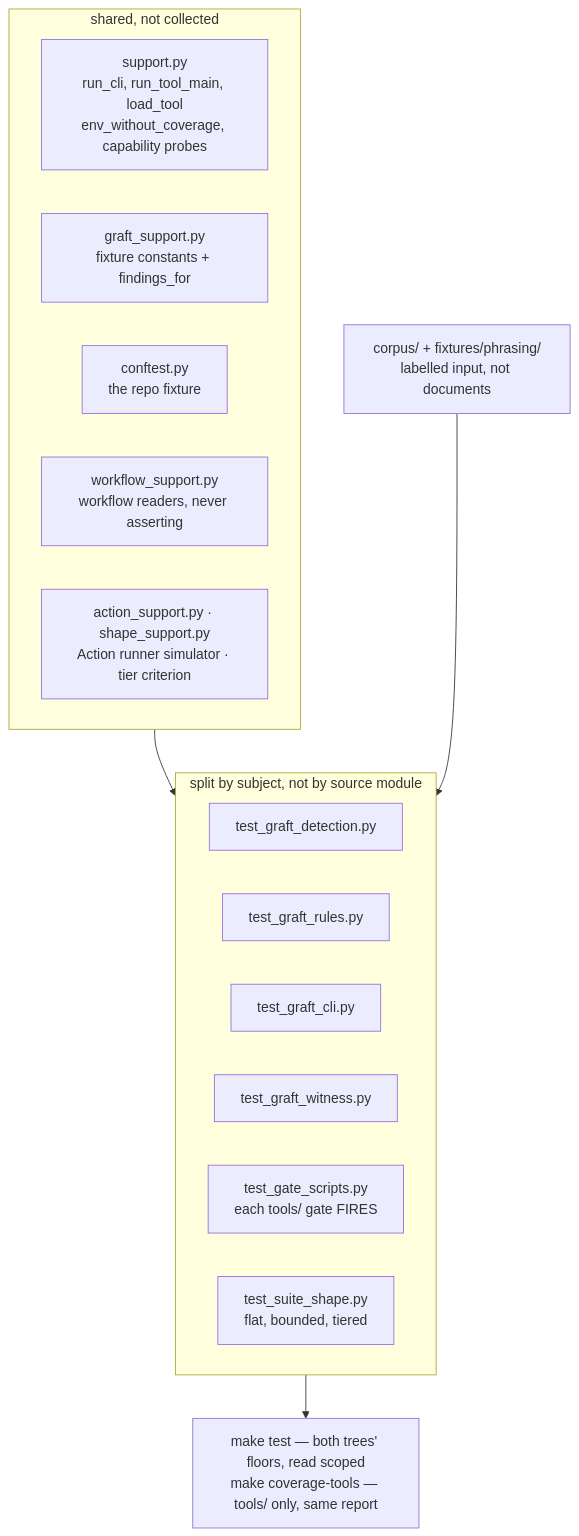
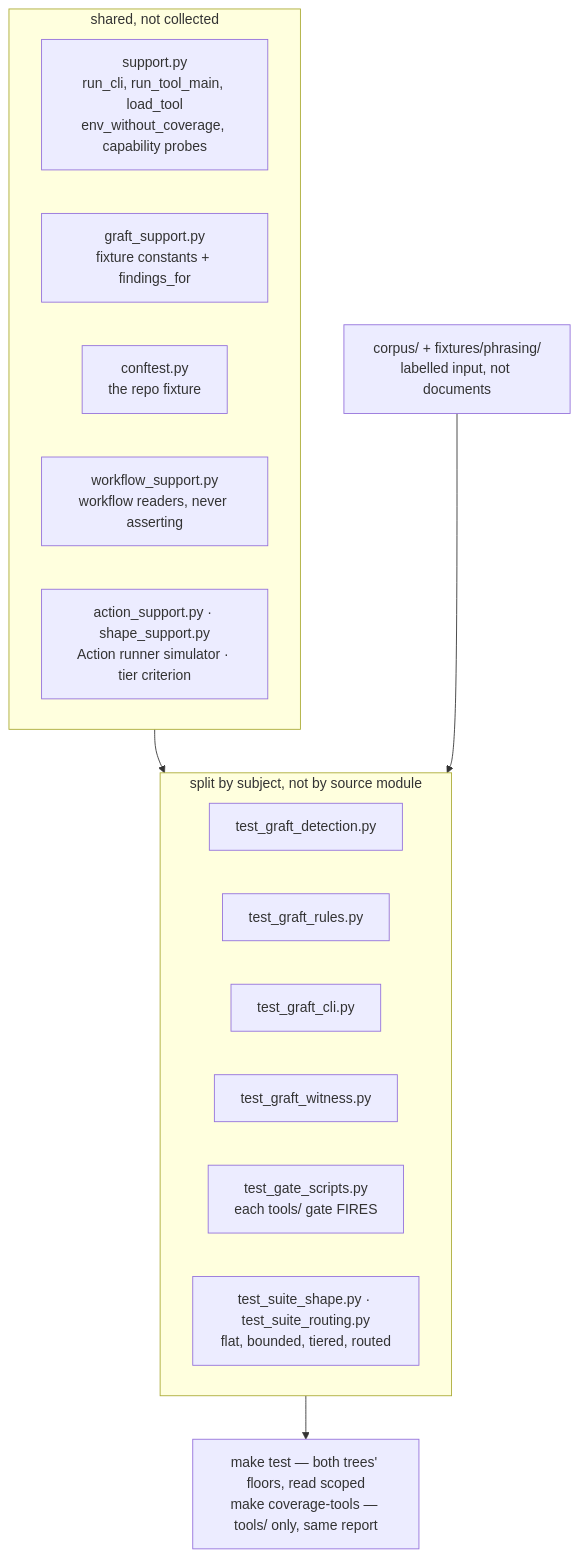
Before and after one commit to ianshank/planlint: the diagram in tests/AGENTS.md, drawn with Mermaid. The commit also changed 8 other files, not shown here.

First line of the commit message:
test: close the routing and registration gaps Copilot found (#42 review)

````diff
--- a/tests/AGENTS.md
+++ b/tests/AGENTS.md
@@ -8,21 +8,21 @@
 ```mermaid
 flowchart TD
     subgraph shared["shared, not collected"]
         sup["support.py<br/>run_cli, run_tool_main, load_tool<br/>env_without_coverage, capability probes"]
         gs["graft_support.py<br/>fixture constants + findings_for"]
         cf["conftest.py<br/>the repo fixture"]
         ws["workflow_support.py<br/>workflow readers, never asserting"]
         xs["action_support.py · shape_support.py<br/>Action runner simulator · tier criterion"]
     end
     subgraph subject["split by subject, not by source module"]
         d["test_graft_detection.py"]
         r["test_graft_rules.py"]
         c["test_graft_cli.py"]
         w["test_graft_witness.py"]
         g["test_gate_scripts.py<br/>each tools/ gate FIRES"]
-        s["test_suite_shape.py<br/>flat, bounded, tiered"]
+        s["test_suite_shape.py · test_suite_routing.py<br/>flat, bounded, tiered, routed"]
     end
     shared --> subject
     subject --> floors["make test — both trees' floors, read scoped<br/>make coverage-tools — tools/ only, same report"]
     corpus["corpus/ + fixtures/phrasing/<br/>labelled input, not documents"] --> subject
 ```
````
